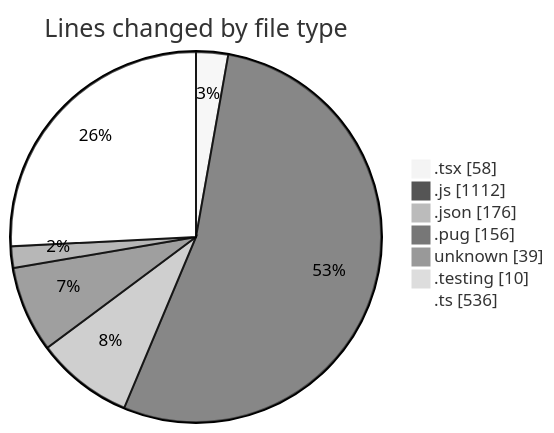
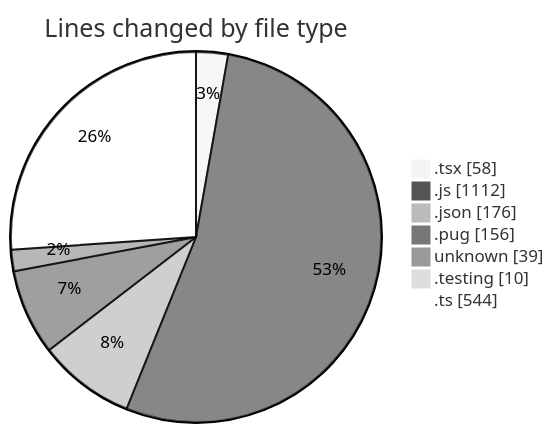
Before and after one commit to momahboobian/code-tracking: the first of 2 diagrams in 2025-03-07/cda/README.md, drawn with Mermaid (neutral theme). The commit also changed other lines of this file and 1 other file, not shown here.

````diff
--- a/2025-03-07/cda/README.md
+++ b/2025-03-07/cda/README.md
@@ -34,11 +34,11 @@
 ```mermaid
 pie showData
 title Lines changed by file type
 ".tsx" : 58
 ".js" : 1112
 ".json" : 176
 ".pug" : 156
 "unknown" : 39
 ".testing" : 10
-".ts" : 536
+".ts" : 544
 ```
````
